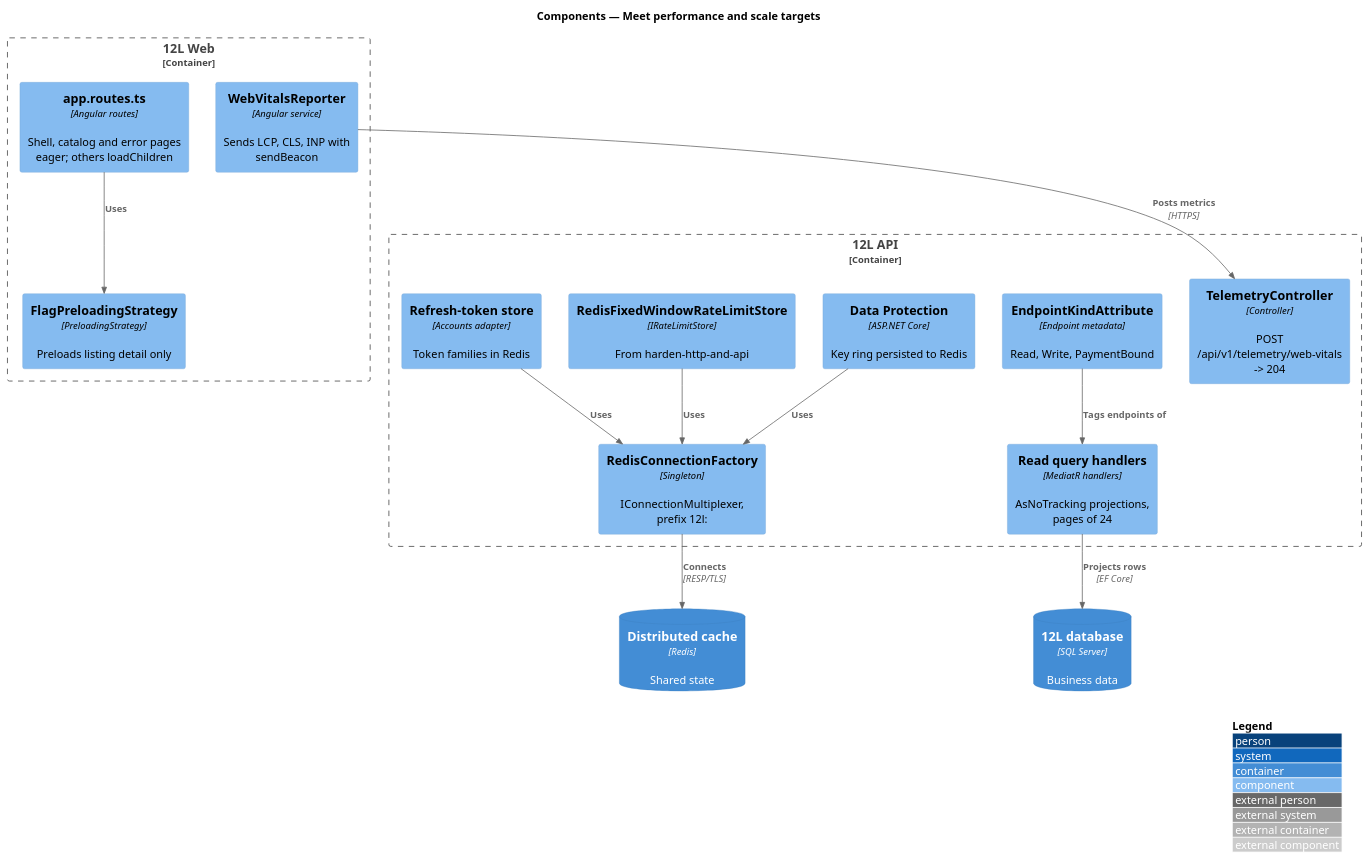
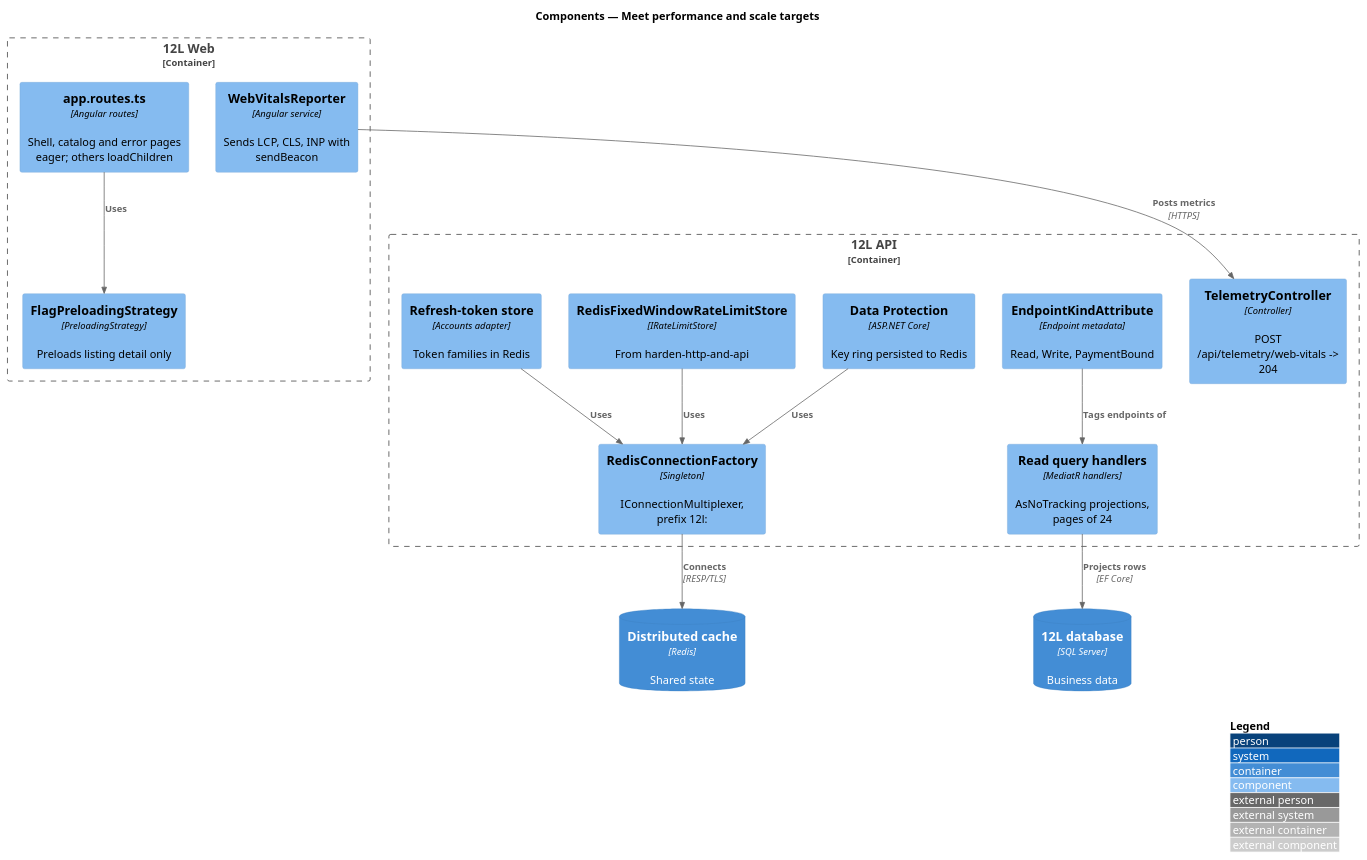
Before and after one commit to QuinntyneBrown/12l: the diagram in docs/detailed-designs/platform/meet-performance-and-scale/diagrams/c4-component.puml, drawn with PlantUML. The commit also changed 28 other files, not shown here.

```diff
--- a/docs/detailed-designs/platform/meet-performance-and-scale/diagrams/c4-component.puml
+++ b/docs/detailed-designs/platform/meet-performance-and-scale/diagrams/c4-component.puml
@@ -1,31 +1,31 @@
 @startuml
 !include <C4/C4_Component>
 LAYOUT_WITH_LEGEND()
 title Components — Meet performance and scale targets
 
 Container_Boundary(web, "12L Web") {
   Component(routes, "app.routes.ts", "Angular routes", "Shell, catalog and error pages eager; others loadChildren")
   Component(preload, "FlagPreloadingStrategy", "PreloadingStrategy", "Preloads listing detail only")
   Component(vitals, "WebVitalsReporter", "Angular service", "Sends LCP, CLS, INP with sendBeacon")
 }
 Container_Boundary(api, "12L API") {
-  Component(tele, "TelemetryController", "Controller", "POST /api/v1/telemetry/web-vitals -> 204")
+  Component(tele, "TelemetryController", "Controller", "POST /api/telemetry/web-vitals -> 204")
   Component(kind, "EndpointKindAttribute", "Endpoint metadata", "Read, Write, PaymentBound")
   Component(dp, "Data Protection", "ASP.NET Core", "Key ring persisted to Redis")
   Component(rlstore, "RedisFixedWindowRateLimitStore", "IRateLimitStore", "From harden-http-and-api")
   Component(tokens, "Refresh-token store", "Accounts adapter", "Token families in Redis")
   Component(factory, "RedisConnectionFactory", "Singleton", "IConnectionMultiplexer, prefix 12l:")
   Component(queries, "Read query handlers", "MediatR handlers", "AsNoTracking projections, pages of 24")
 }
 ContainerDb(cache, "Distributed cache", "Redis", "Shared state")
 ContainerDb(db, "12L database", "SQL Server", "Business data")
 
 Rel(routes, preload, "Uses")
 Rel(vitals, tele, "Posts metrics", "HTTPS")
 Rel(dp, factory, "Uses")
 Rel(rlstore, factory, "Uses")
 Rel(tokens, factory, "Uses")
 Rel(factory, cache, "Connects", "RESP/TLS")
 Rel(queries, db, "Projects rows", "EF Core")
 Rel(kind, queries, "Tags endpoints of")
 @enduml
```
